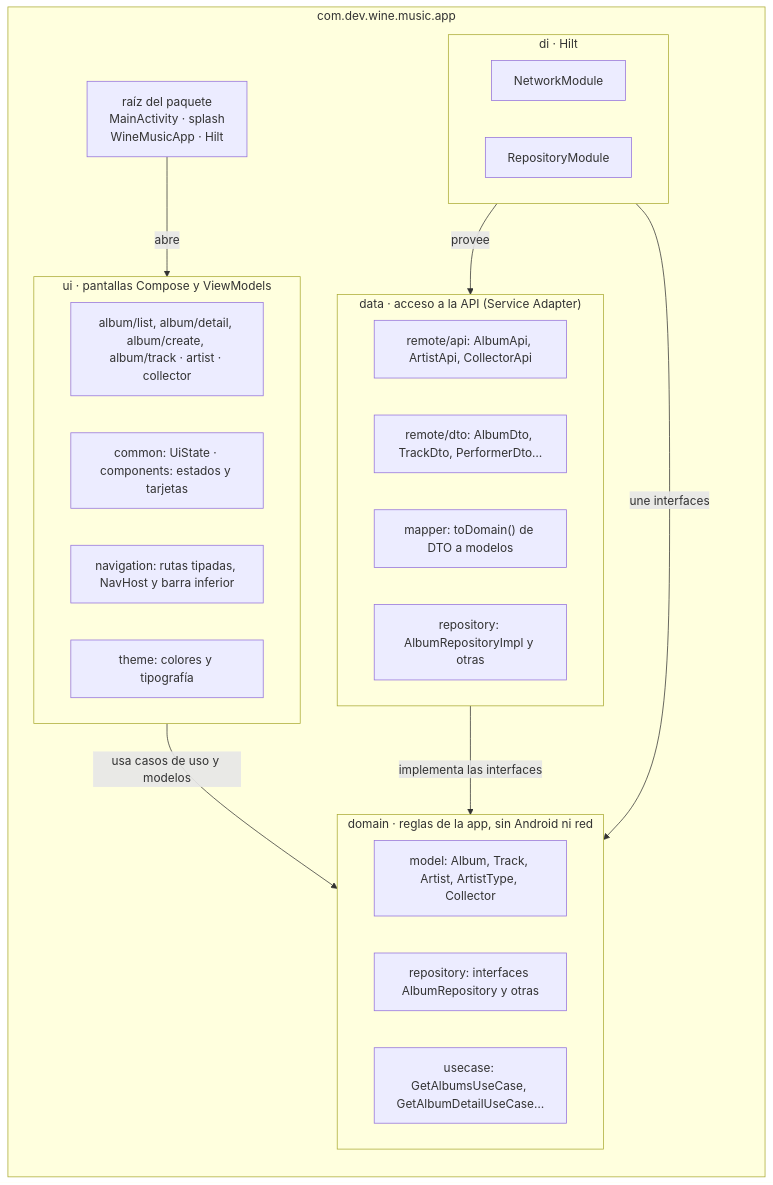
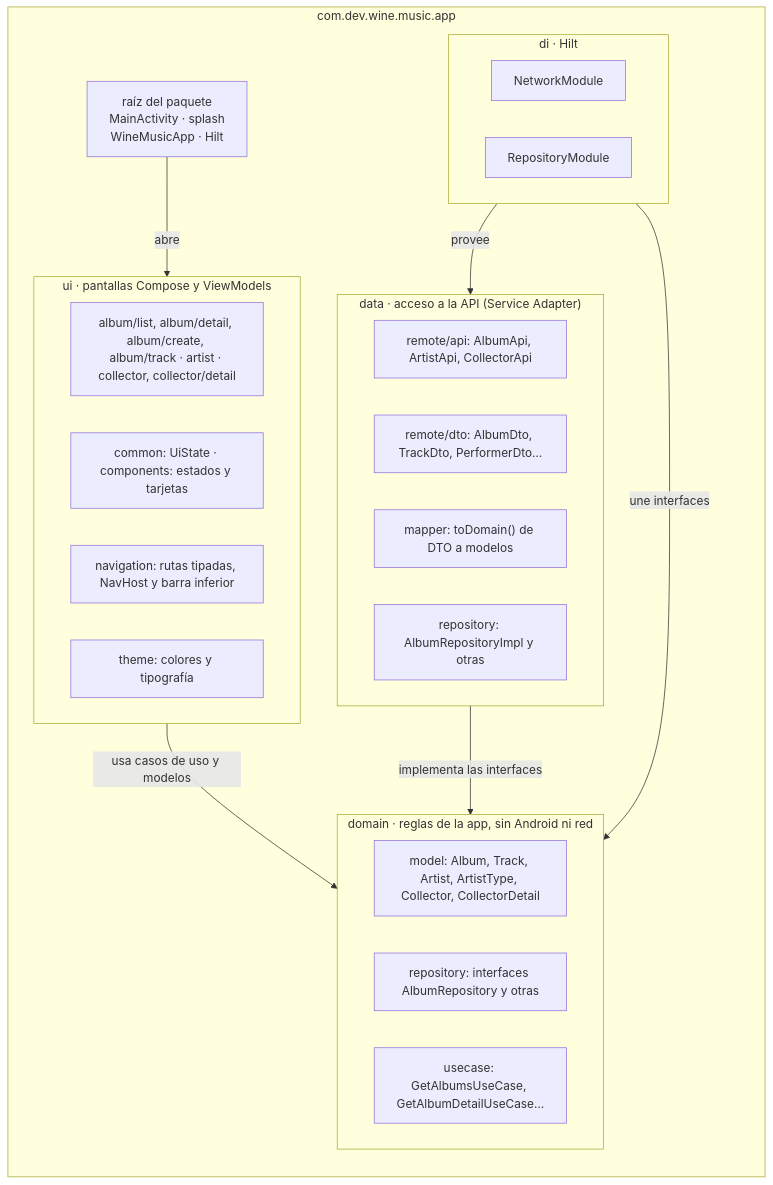
One commit to jhon0520/Andes-Vynils-App changed the second of 4 diagrams in docs/App-technical-documentation.md. Above: the diagram before and after it, drawn with Mermaid. The commit also changed other lines of this file and 28 other files, not shown here.

````diff
--- a/docs/App-technical-documentation.md
+++ b/docs/App-technical-documentation.md
@@ -60,34 +60,34 @@
 ```mermaid
 flowchart LR
     subgraph ROOT["com.dev.wine.music.app"]
         direction TB
         RAIZ["raíz del paquete<br/>MainActivity · splash<br/>WineMusicApp · Hilt"]
         subgraph UIP["ui · pantallas Compose y ViewModels"]
-            U1["album/list, album/detail, album/create, album/track · artist · collector"]
+            U1["album/list, album/detail, album/create, album/track · artist · collector, collector/detail"]
             U2["common: UiState · components: estados y tarjetas"]
             U3["navigation: rutas tipadas, NavHost y barra inferior"]
             U4["theme: colores y tipografía"]
         end
         subgraph DOM["domain · reglas de la app, sin Android ni red"]
-            D1["model: Album, Track, Artist, ArtistType, Collector"]
+            D1["model: Album, Track, Artist, ArtistType, Collector, CollectorDetail"]
             D2["repository: interfaces AlbumRepository y otras"]
             D3["usecase: GetAlbumsUseCase, GetAlbumDetailUseCase…"]
         end
         subgraph DAT["data · acceso a la API (Service Adapter)"]
             A1["remote/api: AlbumApi, ArtistApi, CollectorApi"]
             A2["remote/dto: AlbumDto, TrackDto, PerformerDto…"]
             A3["mapper: toDomain() de DTO a modelos"]
             A4["repository: AlbumRepositoryImpl y otras"]
         end
         subgraph DI["di · Hilt"]
             I1["NetworkModule"]
             I2["RepositoryModule"]
         end
     end
 
     RAIZ -- abre --> UIP
     UIP -- "usa casos de uso y modelos" --> DOM
     DAT -- "implementa las interfaces" --> DOM
     DI -- provee --> DAT
     DI -- "une interfaces" --> DOM
 ```
````
